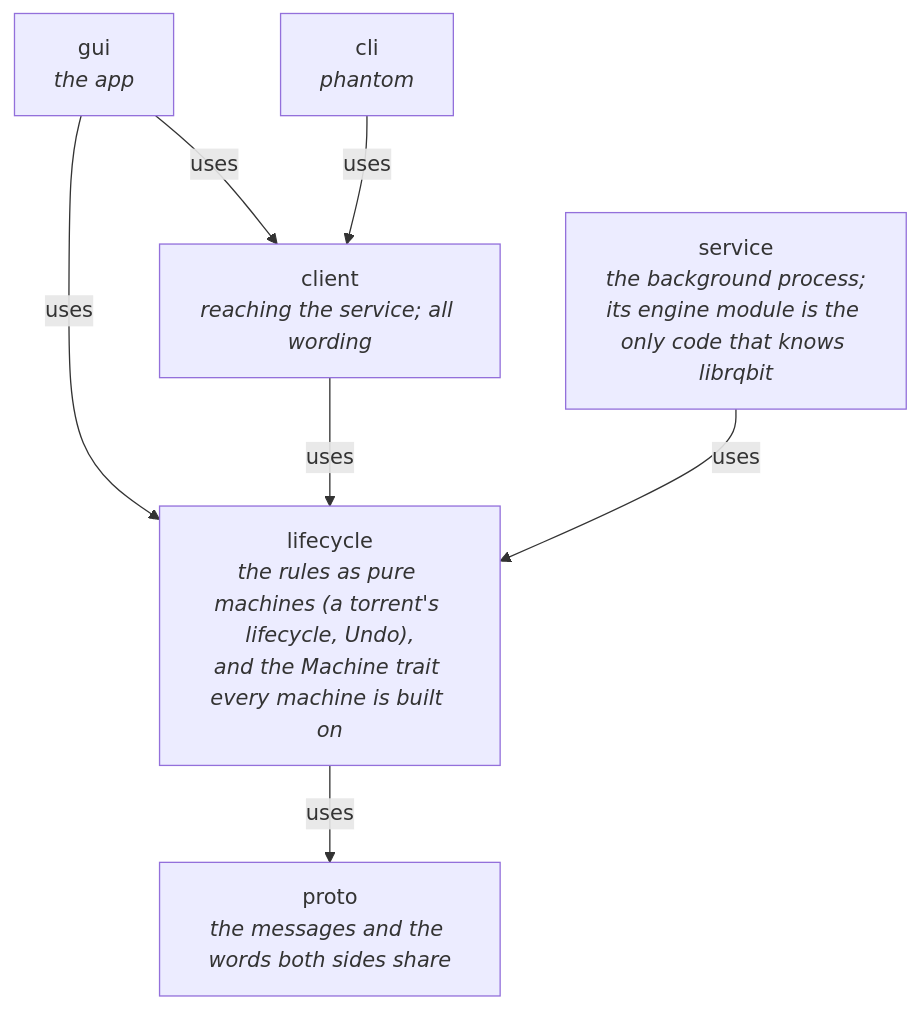
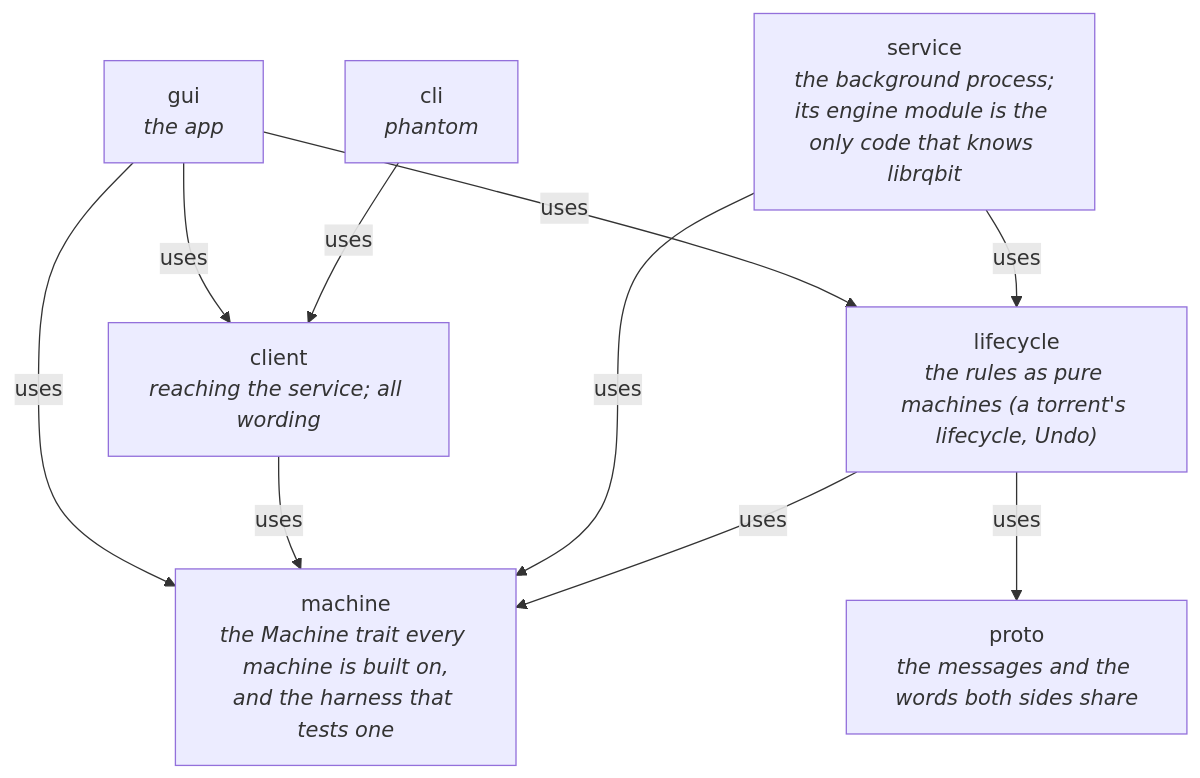
Before and after one commit to HugeLetters/phantom: the first of 2 diagrams in ARCHITECTURE.md, drawn with Mermaid. The commit also changed other lines of this file and 30 other files, not shown here.

Commit message:
A machine crate for the Machine trait and harness; lifecycle keeps the rules; Undo's depth in proto (#250)

````diff
--- a/ARCHITECTURE.md
+++ b/ARCHITECTURE.md
@@ -7,16 +7,20 @@
 ```mermaid
 flowchart TD
   gui["gui<br/><i>the app</i>"]
   cli["cli<br/><i>phantom</i>"]
   client["client<br/><i>reaching the service; all wording</i>"]
   service["service<br/><i>the background process;<br/>its engine module is the only code that knows librqbit</i>"]
-  lifecycle["lifecycle<br/><i>the rules as pure machines (a torrent's lifecycle, Undo),<br/>and the Machine trait every machine is built on</i>"]
+  lifecycle["lifecycle<br/><i>the rules as pure machines (a torrent's lifecycle, Undo)</i>"]
+  machine["machine<br/><i>the Machine trait every machine is built on,<br/>and the harness that tests one</i>"]
   proto["proto<br/><i>the messages and the words both sides share</i>"]
 
   gui -->|uses| client
   cli -->|uses| client
   gui -->|uses| lifecycle
-  client -->|uses| lifecycle
   service -->|uses| lifecycle
+  gui -->|uses| machine
+  client -->|uses| machine
+  service -->|uses| machine
+  lifecycle -->|uses| machine
   lifecycle -->|uses| proto
 ```
````
